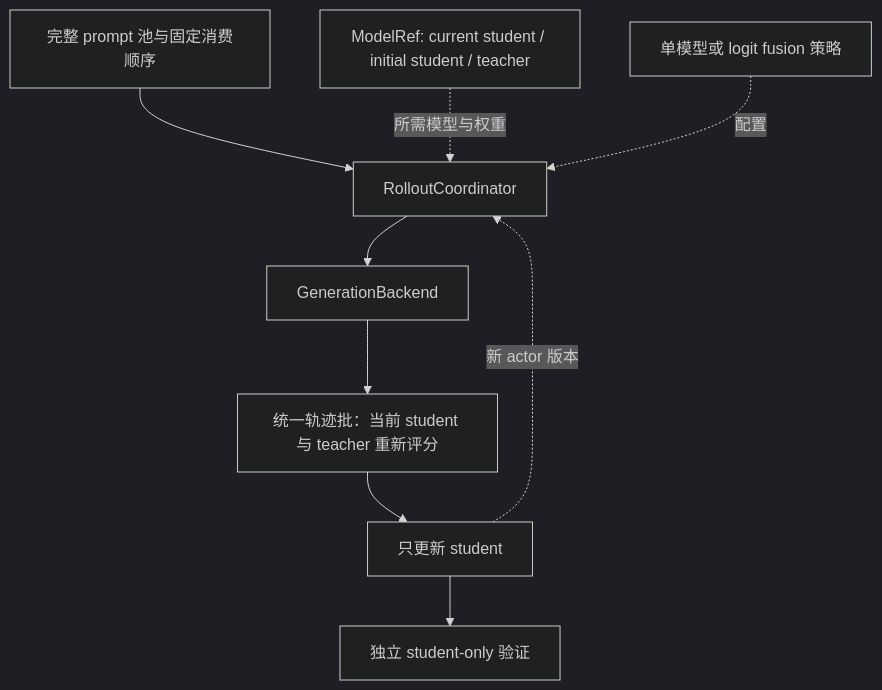
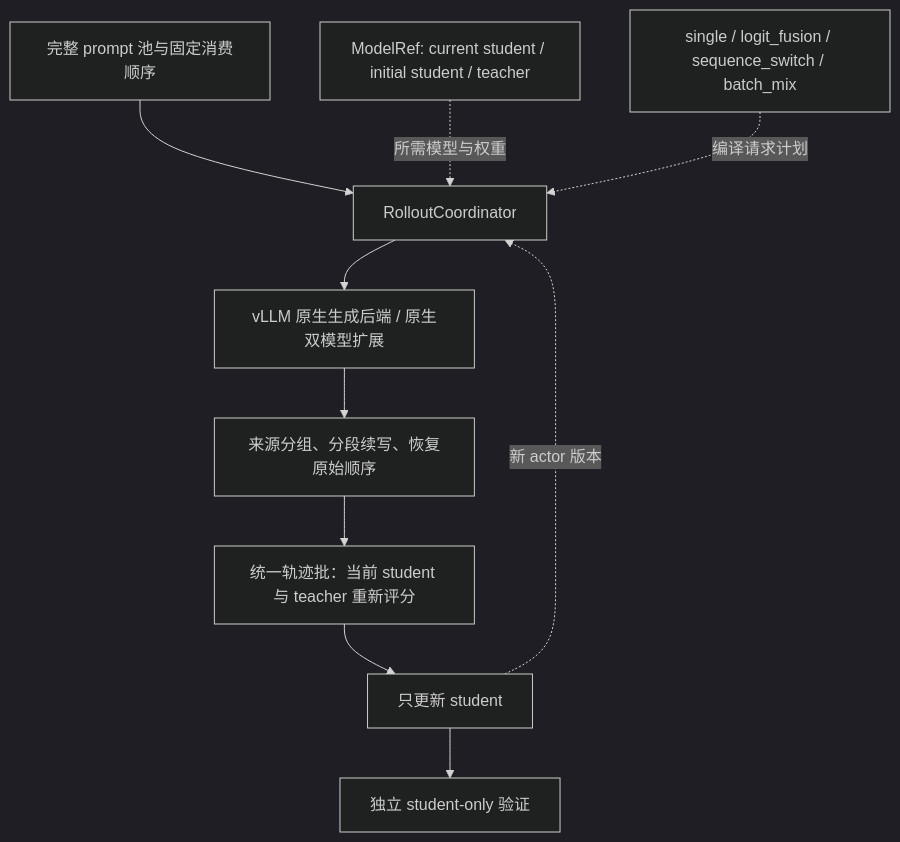
The diagram in docs/architecture.md (WncFht/OPD-State), drawn with Mermaid (dark theme) before and after one commit. The commit also changed other lines of this file and 3 other files, not shown here.

Commit message:
docs(architecture): Plan composable vLLM rollout policies

````diff
--- a/docs/architecture.md
+++ b/docs/architecture.md
@@ -92,11 +133,12 @@
 ```mermaid
 flowchart TD
     D["完整 prompt 池与固定消费顺序"] --> R["RolloutCoordinator"]
     M["ModelRef: current student / initial student / teacher"] -. 所需模型与权重 .-> R
-    P["单模型或 logit fusion 策略"] -. 配置 .-> R
-    R --> B["GenerationBackend"]
-    B --> S["统一轨迹批：当前 student 与 teacher 重新评分"]
+    P["single / logit_fusion / sequence_switch / batch_mix"] -. 编译请求计划 .-> R
+    R --> B["vLLM 原生生成后端 / 原生双模型扩展"]
+    B --> G["来源分组、分段续写、恢复原始顺序"]
+    G --> S["统一轨迹批：当前 student 与 teacher 重新评分"]
     S --> U["只更新 student"]
     U -. 新 actor 版本 .-> R
     U --> E["独立 student-only 验证"]
 ```
````
